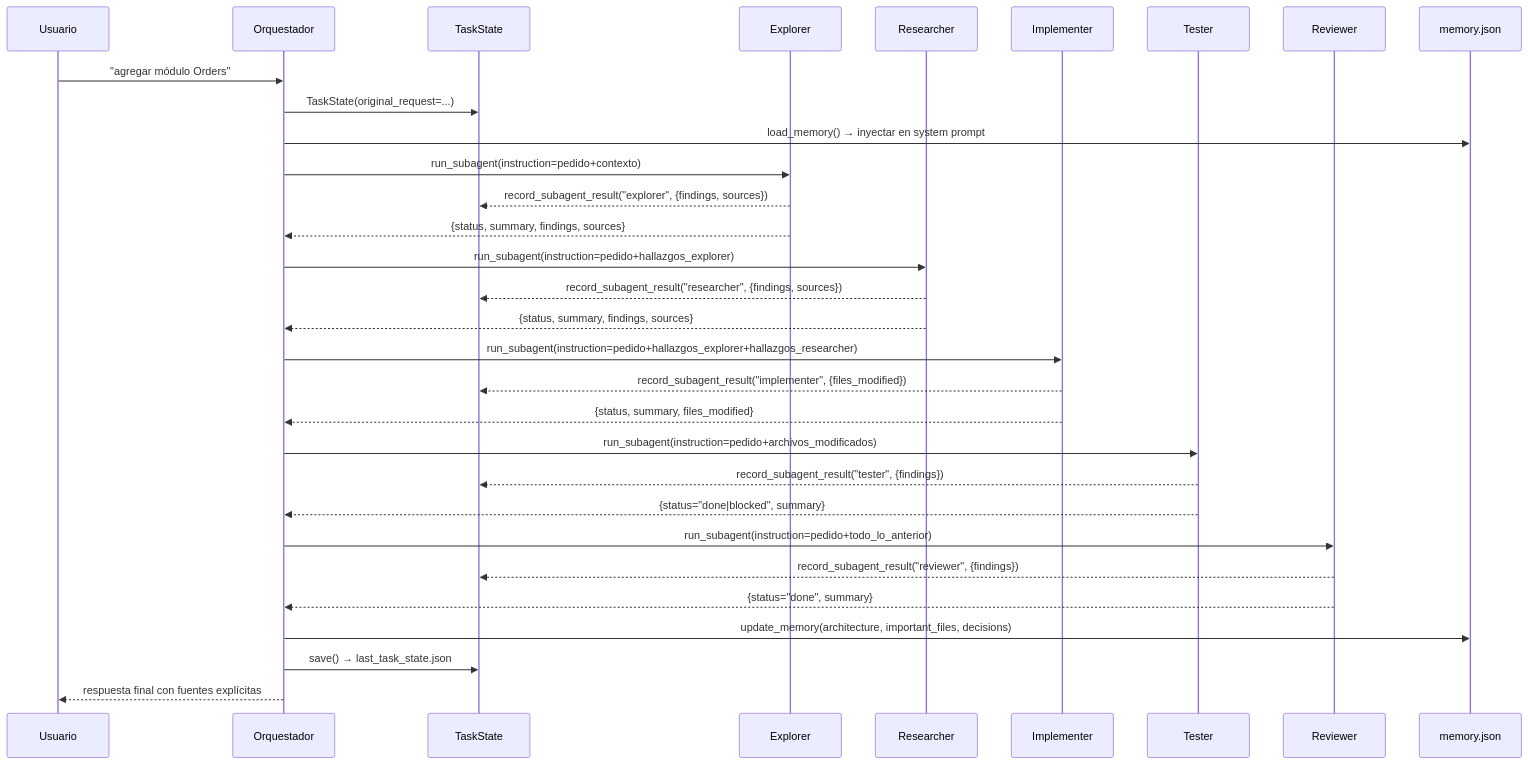
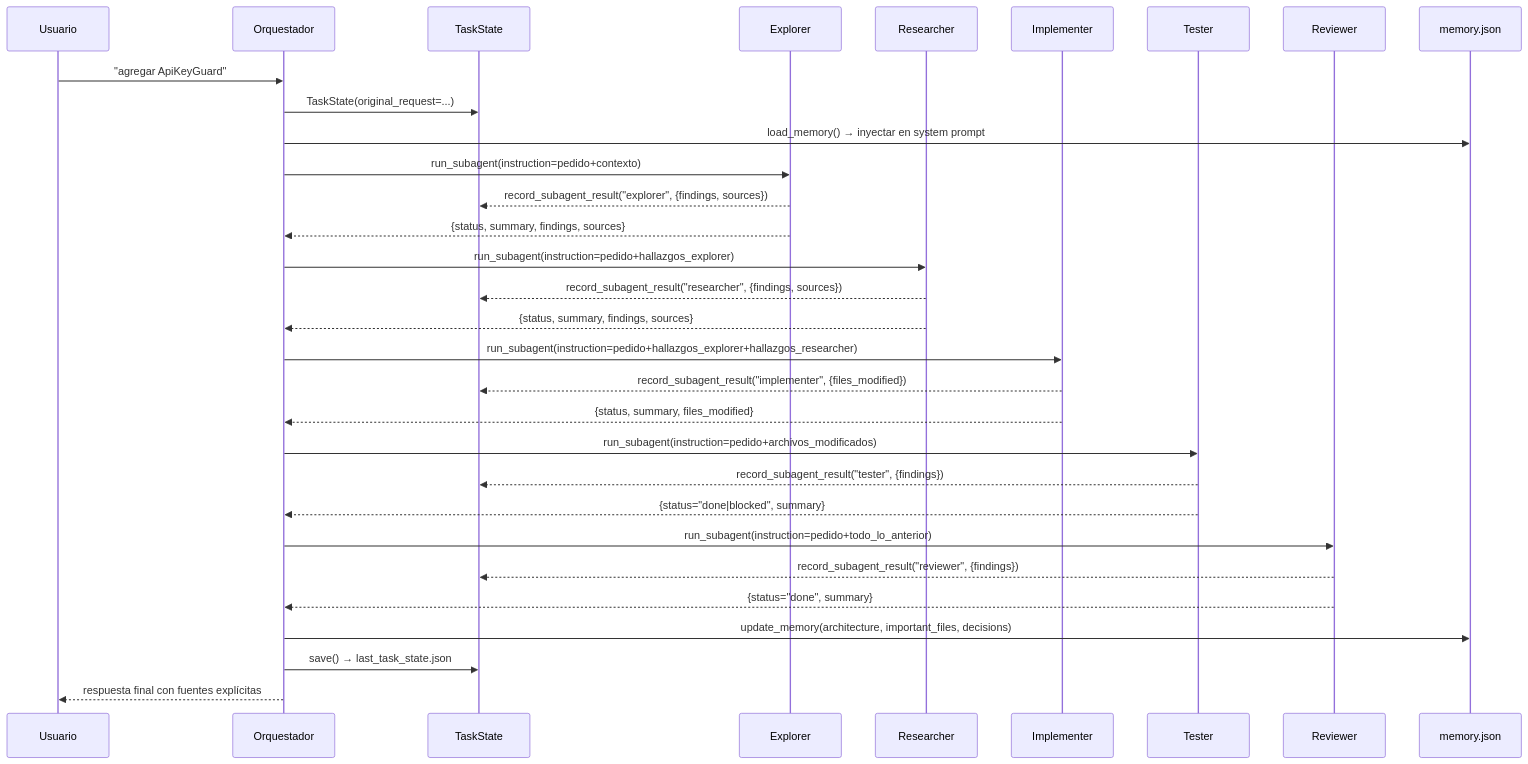
One commit to JVM-austral/tp-final-ia changed the second of 3 diagrams in INFORME_TP.md. Above: the diagram before and after it, drawn with Mermaid. The commit also changed other lines of this file and 42 other files, not shown here.

````diff
--- a/INFORME_TP.md
+++ b/INFORME_TP.md
@@ -362,40 +367,40 @@
 ```mermaid
 sequenceDiagram
     participant U as Usuario
     participant O as Orquestador
     participant TS as TaskState
     participant EXP as Explorer
     participant RES as Researcher
     participant IMP as Implementer
     participant TST as Tester
     participant REV as Reviewer
     participant MEM as memory.json
 
-    U->>O: "agregar módulo Orders"
+    U->>O: "agregar ApiKeyGuard"
     O->>TS: TaskState(original_request=...)
     O->>MEM: load_memory() → inyectar en system prompt
 
     O->>EXP: run_subagent(instruction=pedido+contexto)
     EXP-->>TS: record_subagent_result("explorer", {findings, sources})
     EXP-->>O: {status, summary, findings, sources}
 
     O->>RES: run_subagent(instruction=pedido+hallazgos_explorer)
     RES-->>TS: record_subagent_result("researcher", {findings, sources})
     RES-->>O: {status, summary, findings, sources}
 
     O->>IMP: run_subagent(instruction=pedido+hallazgos_explorer+hallazgos_researcher)
     IMP-->>TS: record_subagent_result("implementer", {files_modified})
     IMP-->>O: {status, summary, files_modified}
 
     O->>TST: run_subagent(instruction=pedido+archivos_modificados)
     TST-->>TS: record_subagent_result("tester", {findings})
     TST-->>O: {status="done|blocked", summary}
 
     O->>REV: run_subagent(instruction=pedido+todo_lo_anterior)
     REV-->>TS: record_subagent_result("reviewer", {findings})
     REV-->>O: {status="done", summary}
 
     O->>MEM: update_memory(architecture, important_files, decisions)
     O->>TS: save() → last_task_state.json
     O-->>U: respuesta final con fuentes explícitas
 ```
````
